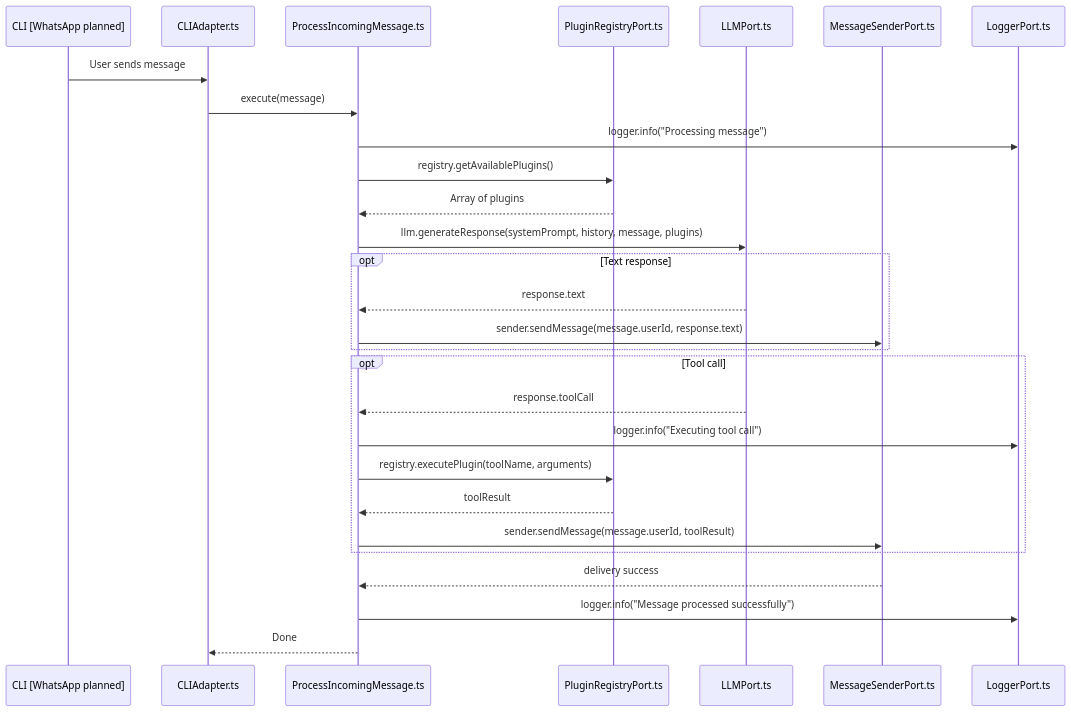
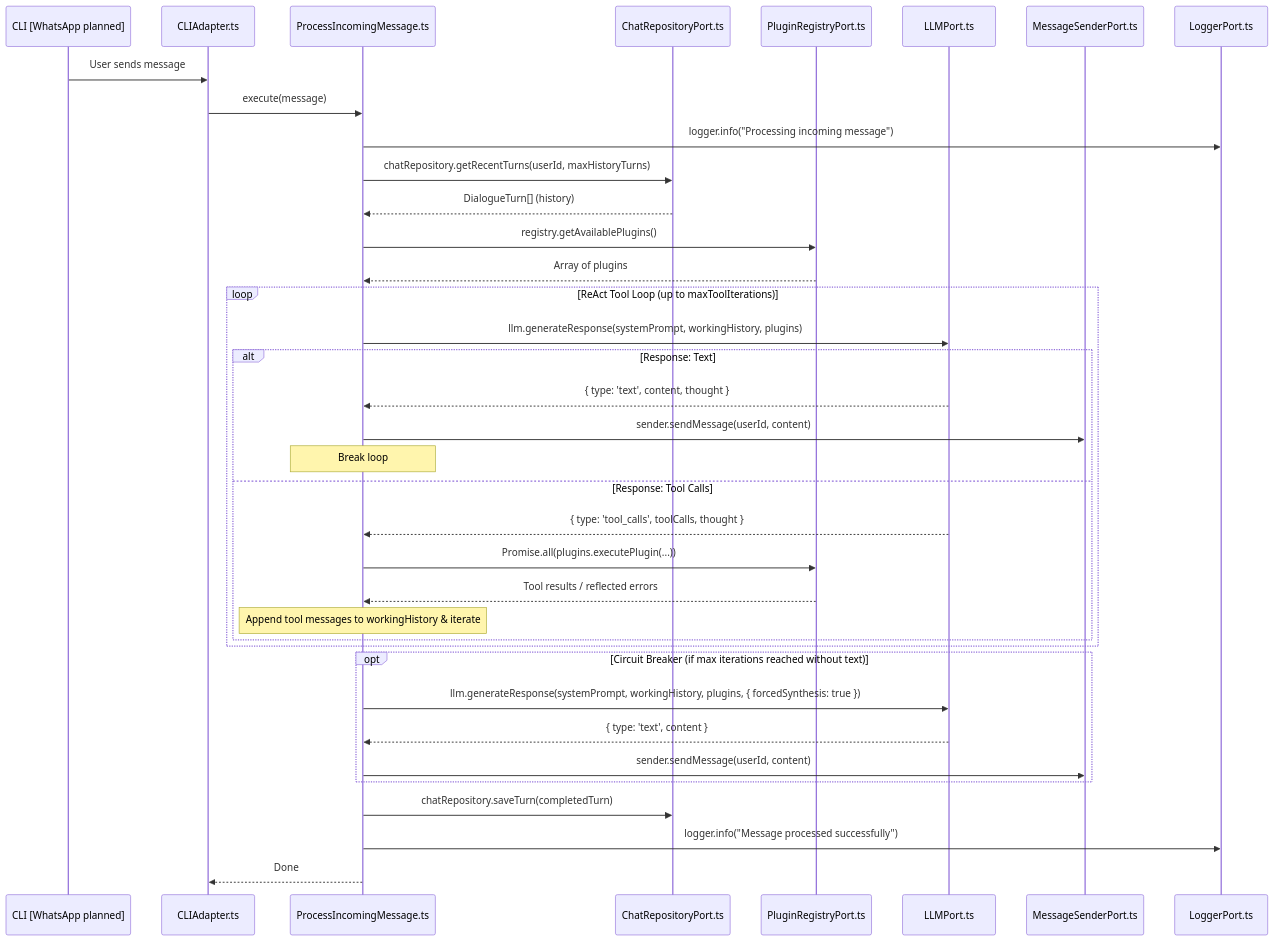
One commit to Pujan-khunt/Iny changed the diagram in docs/ARCHITECTURE.md. Above: the diagram before and after it, drawn with Mermaid. The commit also changed other lines of this file and 7 other files, not shown here.

````diff
--- a/docs/ARCHITECTURE.md
+++ b/docs/ARCHITECTURE.md
@@ -58,31 +66,43 @@
 ```mermaid
 sequenceDiagram
     participant Input as CLI [WhatsApp planned]
     participant CLI as CLIAdapter.ts
     participant UC as ProcessIncomingMessage.ts
+    participant Repo as ChatRepositoryPort.ts
     participant Reg as PluginRegistryPort.ts
     participant LLM as LLMPort.ts
     participant Sender as MessageSenderPort.ts
     participant Log as LoggerPort.ts
 
     Input->>CLI: User sends message
     CLI->>UC: execute(message)
-    UC->>Log: logger.info("Processing message")
+    UC->>Log: logger.info("Processing incoming message")
+    UC->>Repo: chatRepository.getRecentTurns(userId, maxHistoryTurns)
+    Repo-->>UC: DialogueTurn[] (history)
     UC->>Reg: registry.getAvailablePlugins()
     Reg-->>UC: Array of plugins
-    UC->>LLM: llm.generateResponse(systemPrompt, history, message, plugins)
-    opt Text response
-        LLM-->>UC: response.text
-        UC->>Sender: sender.sendMessage(message.userId, response.text)
+
+    loop ReAct Tool Loop (up to maxToolIterations)
+        UC->>LLM: llm.generateResponse(systemPrompt, workingHistory, plugins)
+        alt Response: Text
+            LLM-->>UC: { type: 'text', content, thought }
+            UC->>Sender: sender.sendMessage(userId, content)
+            Note over UC: Break loop
+        else Response: Tool Calls
+            LLM-->>UC: { type: 'tool_calls', toolCalls, thought }
+            UC->>Reg: Promise.all(plugins.executePlugin(...))
+            Reg-->>UC: Tool results / reflected errors
+            Note over UC: Append tool messages to workingHistory & iterate
+        end
     end
-    opt Tool call
-        LLM-->>UC: response.toolCall
-        UC->>Log: logger.info("Executing tool call")
-        UC->>Reg: registry.executePlugin(toolName, arguments)
-        Reg-->>UC: toolResult
-        UC->>Sender: sender.sendMessage(message.userId, toolResult)
+
+    opt Circuit Breaker (if max iterations reached without text)
+        UC->>LLM: llm.generateResponse(systemPrompt, workingHistory, plugins, { forcedSynthesis: true })
+        LLM-->>UC: { type: 'text', content }
+        UC->>Sender: sender.sendMessage(userId, content)
     end
-    Sender-->>UC: delivery success
+
+    UC->>Repo: chatRepository.saveTurn(completedTurn)
     UC->>Log: logger.info("Message processed successfully")
     UC-->>CLI: Done
 ```
````
